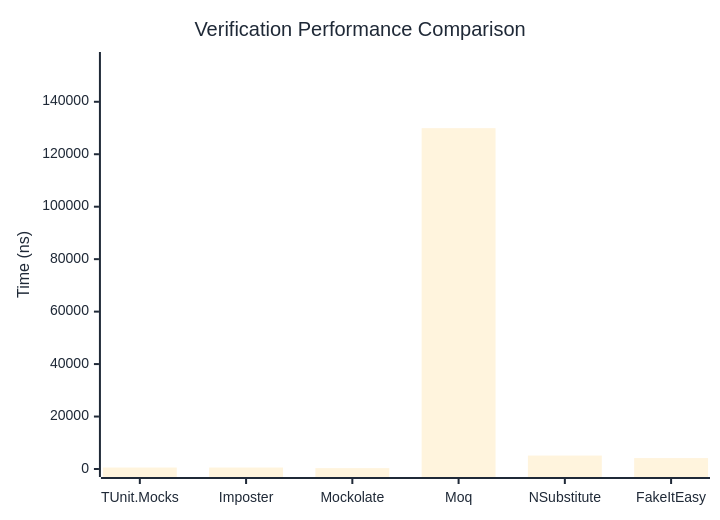
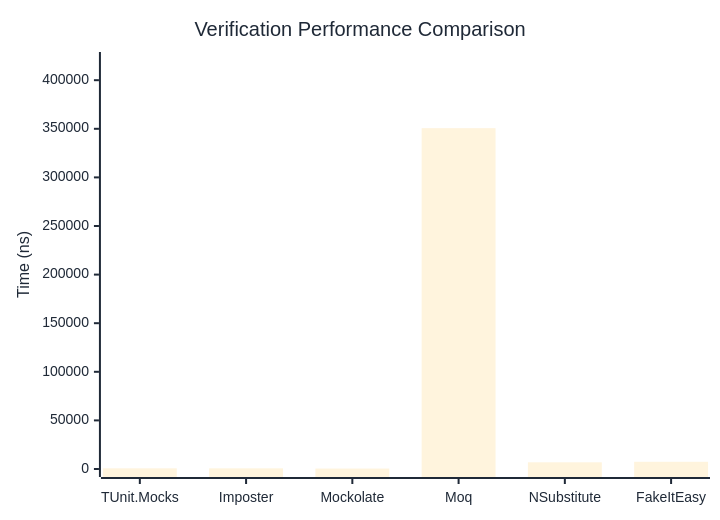
The first of 3 diagrams in docs/docs/benchmarks/mocks/Verification.md (thomhurst/TUnit), drawn with Mermaid before and after one commit. The commit also changed other lines of this file and 14 other files, not shown here.

````diff
--- a/docs/docs/benchmarks/mocks/Verification.md
+++ b/docs/docs/benchmarks/mocks/Verification.md
@@ -30,27 +30,27 @@
 ```mermaid
 %%{init: {
   'theme':'base',
   'themeVariables': {
     'primaryColor': '#2563eb',
     'primaryTextColor': '#1f2937',
     'primaryBorderColor': '#1e40af',
     'lineColor': '#6b7280',
     'secondaryColor': '#7c3aed',
     'tertiaryColor': '#dc2626',
     'background': '#ffffff',
     'pie1': '#2563eb',
     'pie2': '#7c3aed',
     'pie3': '#dc2626',
     'pie4': '#f59e0b',
     'pie5': '#10b981',
     'pie6': '#06b6d4',
     'pie7': '#ec4899',
     'pie8': '#6366f1'
   }
 }}%%
 xychart-beta
   title "Verification Performance Comparison"
   x-axis ["TUnit.Mocks", "Imposter", "Mockolate", "Moq", "NSubstitute", "FakeItEasy"]
-  y-axis "Time (ns)" 0 --> 155927
-  bar [560.25, 557.45, 334.19, 129938.52, 5127.77, 4166.58]
+  y-axis "Time (ns)" 0 --> 420777
+  bar [688.72, 675.27, 440.48, 350646.81, 6898.23, 7431.86]
 ```
````
